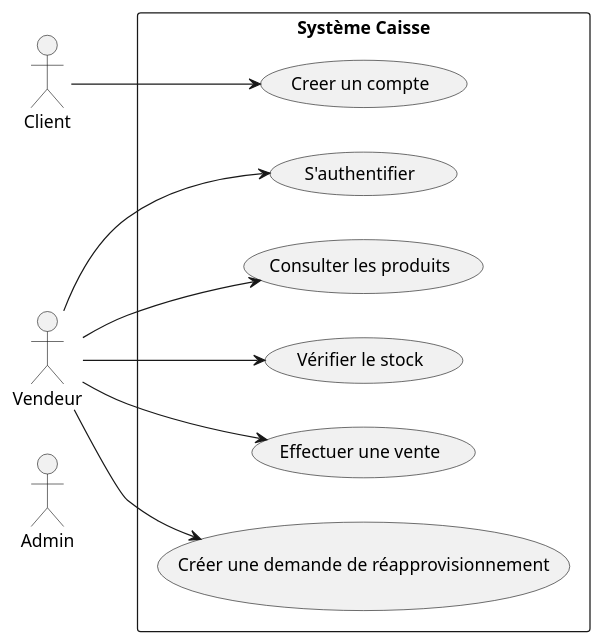
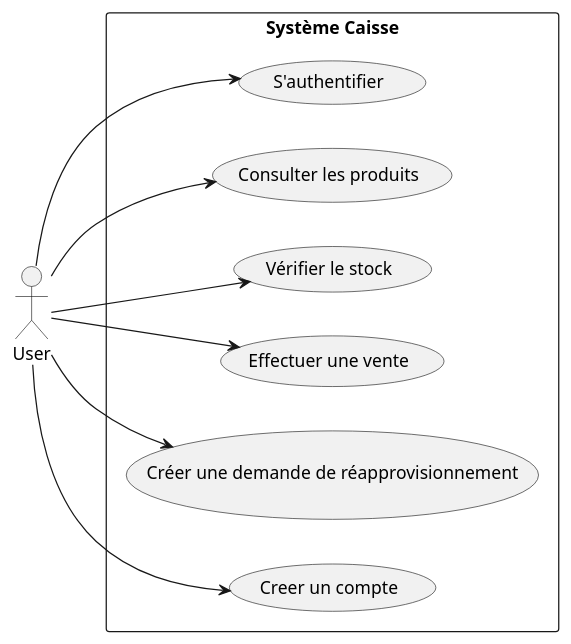
Before and after one commit to LawrenceLiang02/LOG430_ETAPE1: the diagram in docs/UML/lab5/vuecasutilisation.puml, drawn with PlantUML. The commit also changed 6 other files, not shown here.

```diff
--- a/docs/UML/lab5/vuecasutilisation.puml
+++ b/docs/UML/lab5/vuecasutilisation.puml
@@ -1,21 +1,20 @@
 @startuml cu
 left to right direction
-actor Admin
-actor Client
+actor User
 
 rectangle "Système Caisse" {
     usecase "S'authentifier" as UC1
     usecase "Consulter les produits" as UC2
     usecase "Vérifier le stock" as UC3
     usecase "Effectuer une vente" as UC4
     usecase "Créer une demande de réapprovisionnement" as UC5
     usecase "Creer un compte" as UC6
 }
 
-Vendeur --> UC1
-Vendeur --> UC2
-Vendeur --> UC3
-Vendeur --> UC4
-Vendeur --> UC5
-Client --> UC6
+User --> UC1
+User --> UC2
+User --> UC3
+User --> UC4
+User --> UC5
+User --> UC6
 @enduml
```
